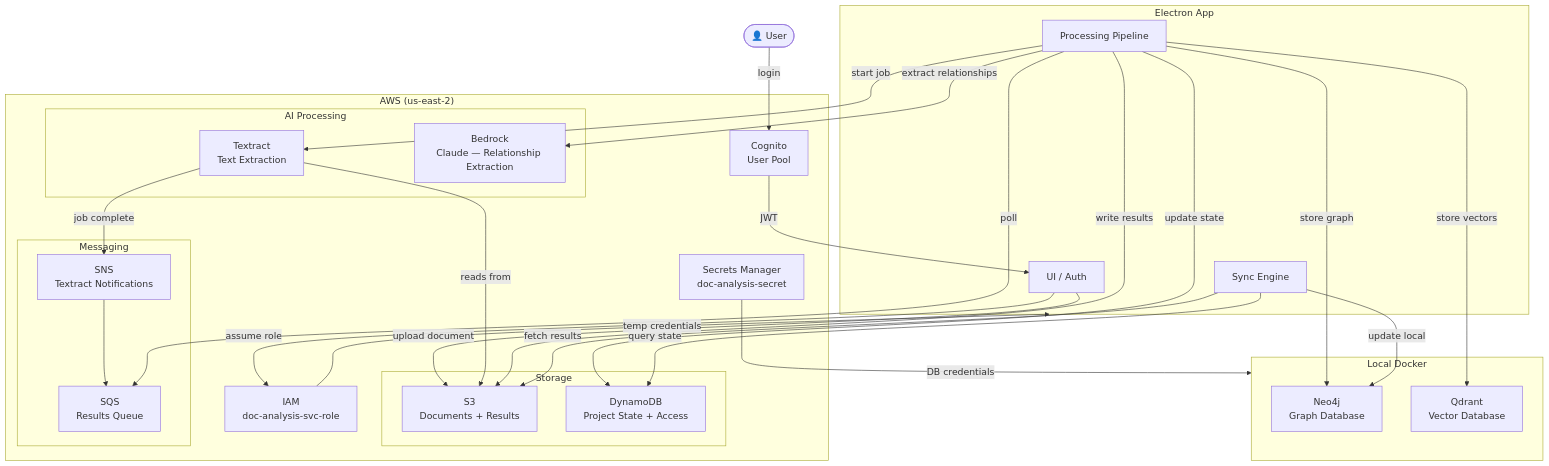
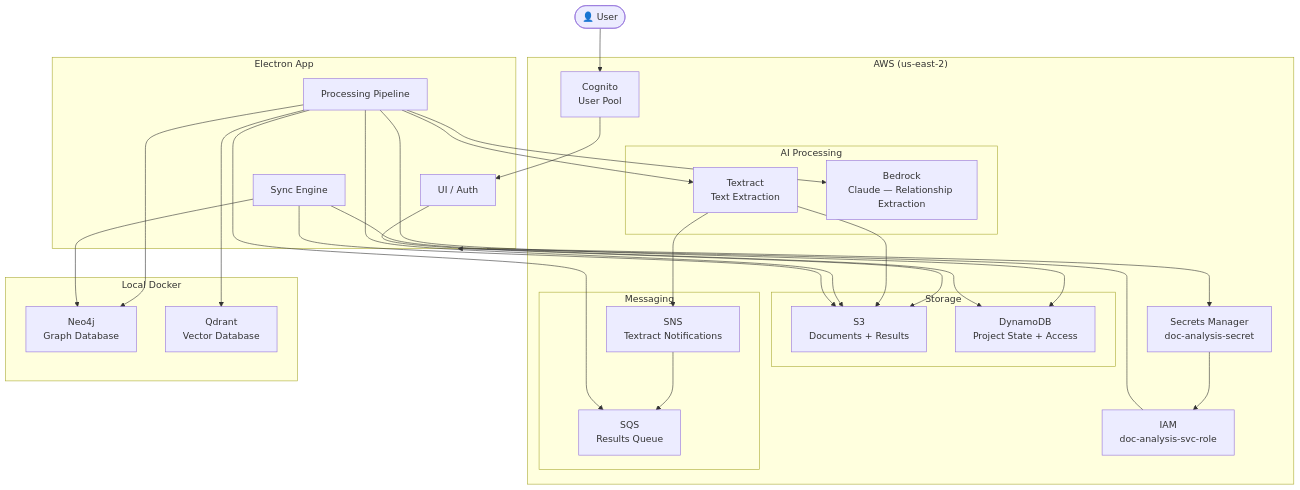
The first of 2 diagrams in README.md (Programming-For-the-Community/document-analysis-application), drawn with Mermaid before and after one commit. The commit also changed other lines of this file, not shown here.

````diff
--- a/README.md
+++ b/README.md
@@ -9,58 +9,58 @@
 ```mermaid
 flowchart TB
     User(["👤 User"])
 
     subgraph Electron ["Electron App"]
         UI["UI / Auth"]
         Sync["Sync Engine"]
         Pipeline["Processing Pipeline"]
     end
 
     subgraph AWS ["AWS (us-east-2)"]
         Cognito["Cognito\nUser Pool"]
         SecretsManager["Secrets Manager\ndoc-analysis-secret"]
         IAM["IAM\ndoc-analysis-svc-role"]
 
         subgraph Storage ["Storage"]
             S3["S3\nDocuments + Results"]
             DynamoDB["DynamoDB\nProject State + Access"]
         end
 
         subgraph Processing ["AI Processing"]
             Textract["Textract\nText Extraction"]
             Bedrock["Bedrock\nClaude — Relationship Extraction"]
         end
 
         subgraph Messaging ["Messaging"]
             SNS["SNS\nTextract Notifications"]
             SQS["SQS\nResults Queue"]
         end
     end
 
     subgraph Docker ["Local Docker"]
         Neo4j["Neo4j\nGraph Database"]
         Qdrant["Qdrant\nVector Database"]
     end
 
-    User -->|"login"| Cognito
-    Cognito -->|"JWT"| UI
-    UI -->|"assume role"| IAM
-    IAM -->|"temp credentials"| Electron
-    SecretsManager -->|"DB credentials"| Docker
+    Electron --> SecretsManager
+    SecretsManager --> IAM
+    IAM --> Electron
+    User --> Cognito
+    Cognito --> UI
 
-    UI -->|"upload document"| S3
-    Pipeline -->|"start job"| Textract
-    Textract -->|"reads from"| S3
-    Textract -->|"job complete"| SNS
+    UI --> S3
+    Pipeline --> Textract
+    Textract --> S3
+    Textract --> SNS
     SNS --> SQS
-    Pipeline -->|"poll"| SQS
-    Pipeline -->|"extract relationships"| Bedrock
-    Pipeline -->|"write results"| S3
-    Pipeline -->|"update state"| DynamoDB
-    Pipeline -->|"store graph"| Neo4j
-    Pipeline -->|"store vectors"| Qdrant
+    Pipeline --> SQS
+    Pipeline --> Bedrock
+    Pipeline --> S3
+    Pipeline --> DynamoDB
+    Pipeline --> Neo4j
+    Pipeline --> Qdrant
 
-    Sync -->|"query state"| DynamoDB
-    Sync -->|"fetch results"| S3
-    Sync -->|"update local"| Neo4j
+    Sync --> DynamoDB
+    Sync --> S3
+    Sync --> Neo4j
 ```
````
